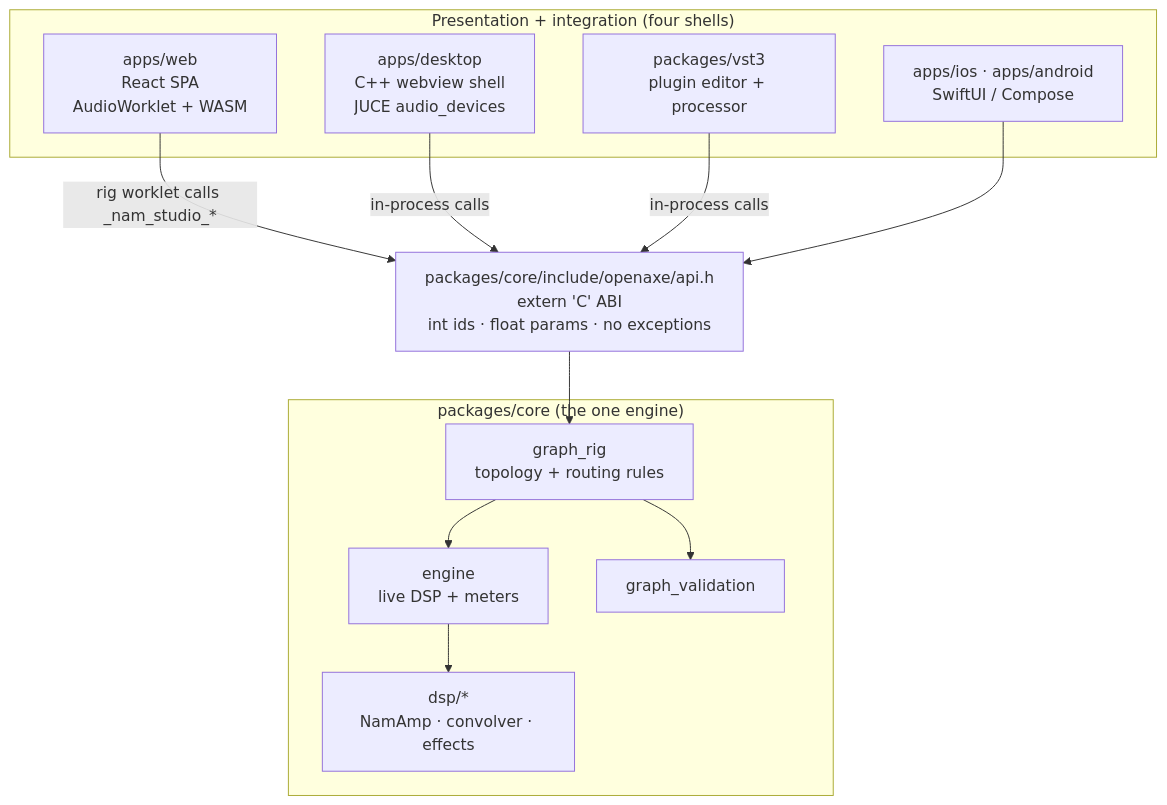
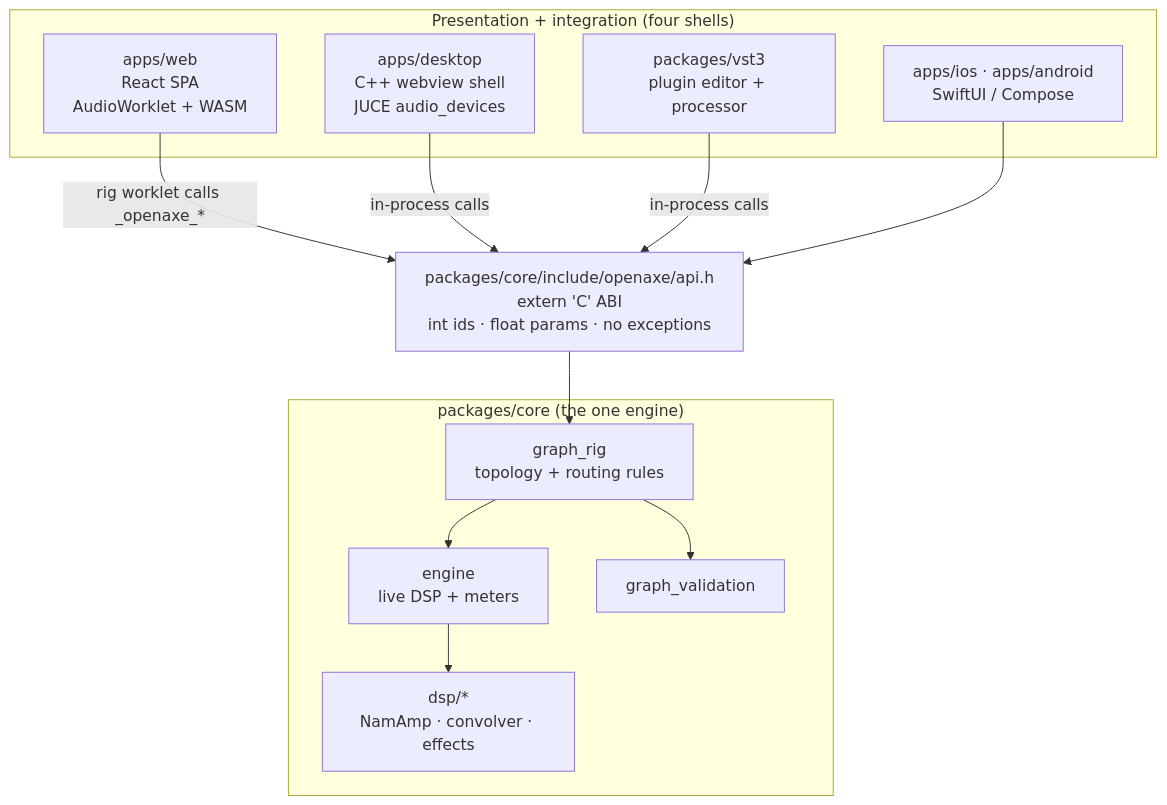
One commit to pauloedspinho20/OpenAxe changed the first of 4 diagrams in ARCHITECTURE.md. Above: the diagram before and after it, drawn with Mermaid. The commit also changed other lines of this file and 116 other files, not shown here.

````diff
--- a/ARCHITECTURE.md
+++ b/ARCHITECTURE.md
@@ -248,25 +248,25 @@
 ```mermaid
 flowchart TB
     subgraph shells["Presentation + integration (four shells)"]
         WEB["apps/web<br/>React SPA<br/>AudioWorklet + WASM"]
         DESK["apps/desktop<br/>C++ webview shell<br/>JUCE audio_devices"]
         VST["packages/vst3<br/>plugin editor + processor"]
         MOBILE["apps/ios · apps/android<br/>SwiftUI / Compose"]
     end
 
     ABI["packages/core/include/openaxe/api.h<br/>extern 'C' ABI<br/>int ids · float params · no exceptions"]
 
     subgraph core["packages/core (the one engine)"]
         GR["graph_rig<br/>topology + routing rules"]
         ENG["engine<br/>live DSP + meters"]
         DSP["dsp/*<br/>NamAmp · convolver · effects"]
         VAL["graph_validation"]
     end
 
-    WEB -- "rig worklet calls _nam_studio_*" --> ABI
+    WEB -- "rig worklet calls _openaxe_*" --> ABI
     DESK -- "in-process calls" --> ABI
     VST -- "in-process calls" --> ABI
     MOBILE --> ABI
     ABI --> GR --> ENG --> DSP
     GR --> VAL
 ```
````
